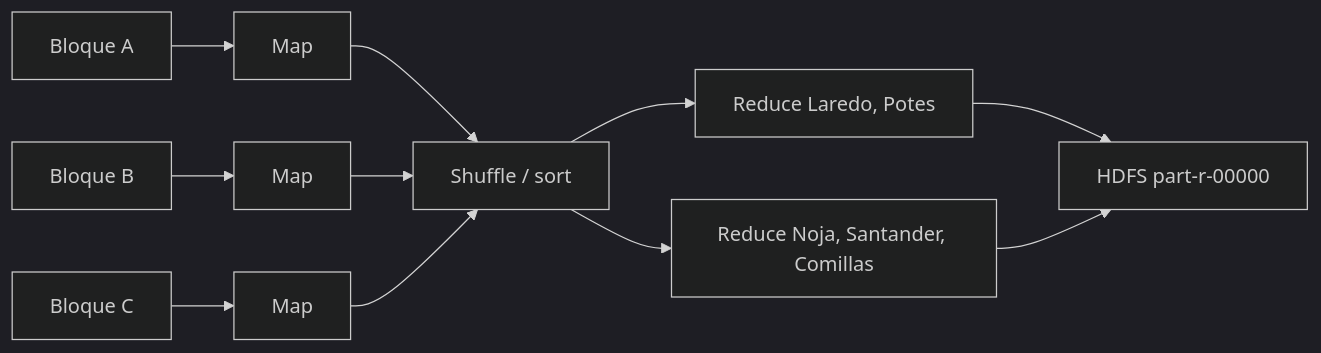
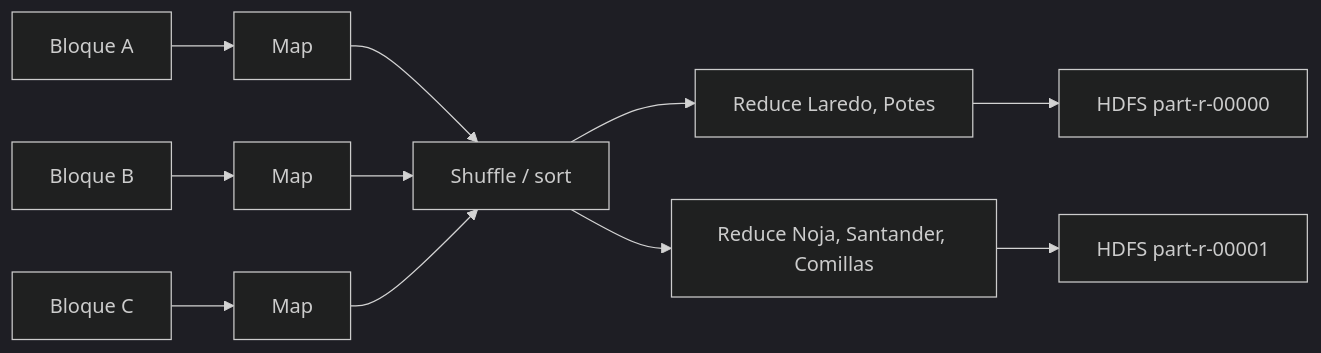
The third of 4 diagrams in docs/ut2/ecosistema.md (iesataulfoargentasor/bda_2026_2027), drawn with Mermaid (dark theme) before and after one commit. The commit also changed other lines of this file and 23 other files, not shown here.

````diff
--- a/docs/ut2/ecosistema.md
+++ b/docs/ut2/ecosistema.md
@@ -184,13 +196,13 @@
 ```mermaid
 flowchart LR
   F1[Bloque A] --> M1[Map]
   F2[Bloque B] --> M2[Map]
   F3[Bloque C] --> M3[Map]
   M1 --> S[Shuffle / sort]
   M2 --> S
   M3 --> S
   S --> R1["Reduce Laredo, Potes"]
   S --> R2["Reduce Noja, Santander, Comillas"]
-  R1 --> O[HDFS part-r-00000]
-  R2 --> O
+  R1 --> O1[HDFS part-r-00000]
+  R2 --> O2[HDFS part-r-00001]
 ```
````
